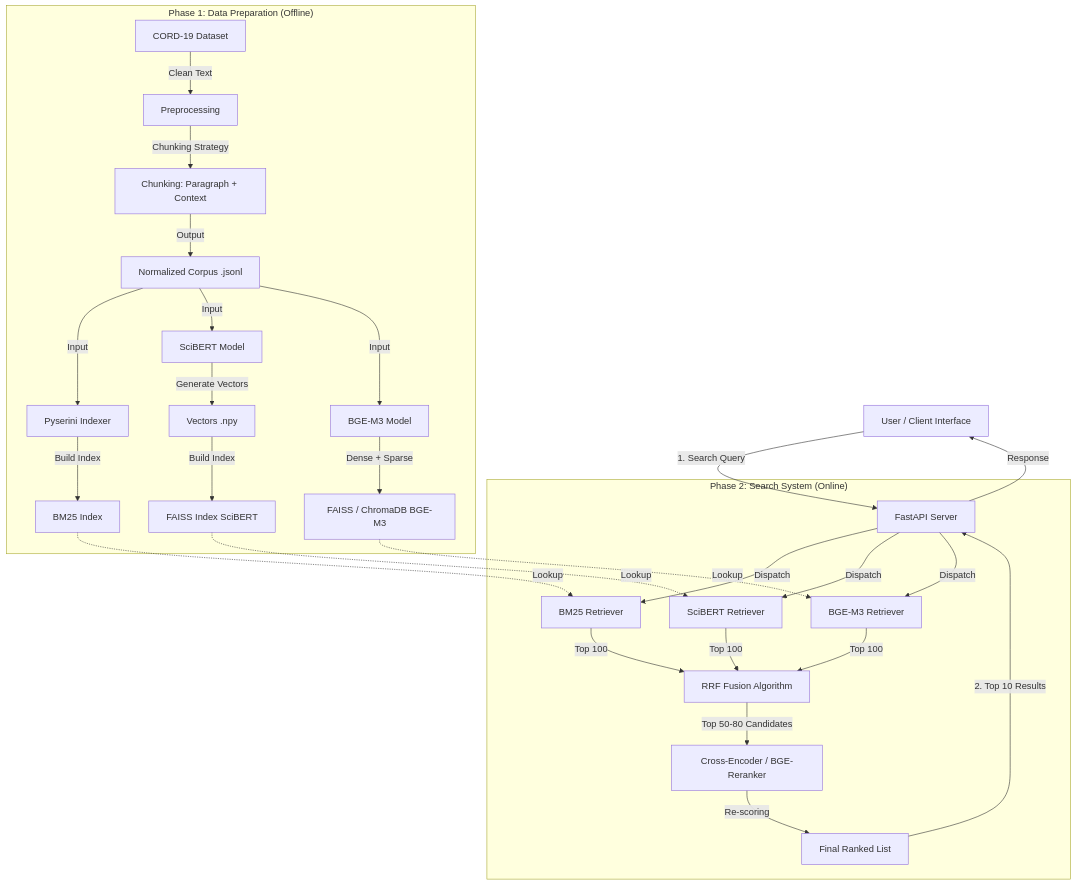
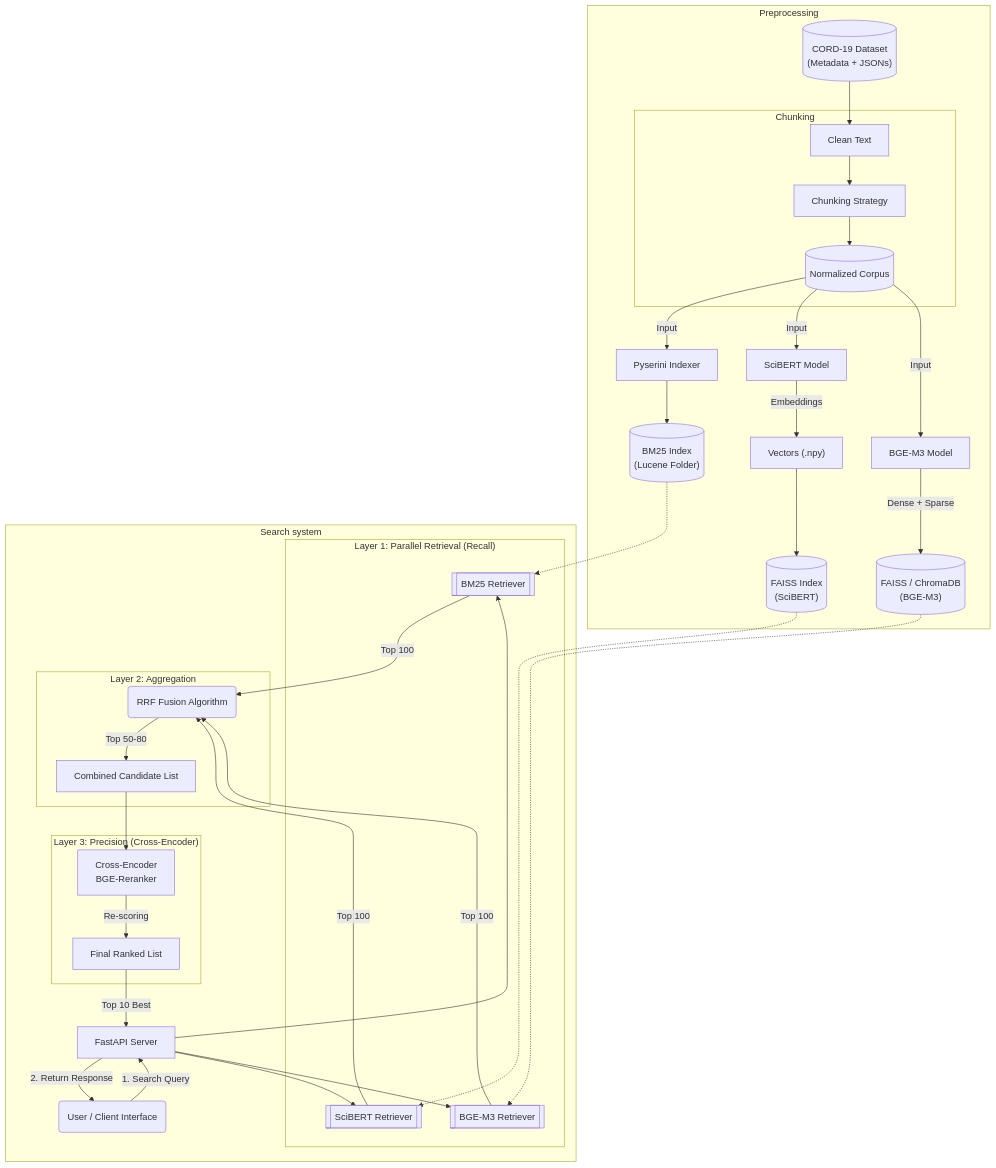
One commit to Mash-Woo/trec_covid changed the diagram in README.md. Above: the diagram before and after it, drawn with Mermaid.

````diff
--- a/README.md
+++ b/README.md
@@ -1,49 +1,80 @@
 ```mermaid
-graph TD
-    %% Client Entry Point
-    Client[User / Client Interface] -->|1. Search Query| FastAPI[FastAPI Server]
+flowchart TB
+  %% --- KHAI BÁO CÁC NHÓM (SUBGRAPH) ---
+  subgraph Preprocessing ["Chunking"]
+    Step1["Clean Text"]
+    Step2["Chunking Strategy"]
+    JSONL[("Normalized Corpus")]
+  end
 
-    %% Phase 1: Offline Processing
-    subgraph Offline["Phase 1: Data Preparation (Offline)"]
-        RawData[CORD-19 Dataset] -->|Clean Text| Preproc[Preprocessing]
-        Preproc -->|Chunking Strategy| Chunker[Chunking: Paragraph + Context]
-        Chunker -->|Output| JSONL[Normalized Corpus .jsonl]
+  subgraph Offline_Process ["Preprocessing"]
+    RawData[("CORD-19 Dataset\n(Metadata + JSONs)")]
+    Preprocessing
+    
+    %% Nhánh BM25
+    Pyserini["Pyserini Indexer"]
+    Index_BM25[("BM25 Index\n(Lucene Folder)")]
+    
+    %% Nhánh SciBERT
+    SciBERT["SciBERT Model"]
+    Vector_Sci["Vectors (.npy)"]
+    Index_SciBERT[("FAISS Index\n(SciBERT)")]
+    
+    %% Nhánh BGE
+    BGE["BGE-M3 Model"]
+    Index_BGE[("FAISS / ChromaDB\n(BGE-M3)")]
+  end
 
-        %% Indexing Pipelines
-        JSONL -->|Input| Pyserini[Pyserini Indexer]
-        Pyserini -->|Build Index| IndexBM25[BM25 Index]
+  subgraph Retrieval_Layer ["Layer 1: Parallel Retrieval (Recall)"]
+    Ret_BM25[["BM25 Retriever"]]
+    Ret_SciBERT[["SciBERT Retriever"]]
+    Ret_BGE[["BGE-M3 Retriever"]]
+  end
 
-        JSONL -->|Input| SciBERT[SciBERT Model]
-        SciBERT -->|Generate Vectors| VecSci[Vectors .npy]
-        VecSci -->|Build Index| IndexSciBERT[FAISS Index SciBERT]
+  subgraph Fusion_Layer ["Layer 2: Aggregation"]
+    RRF("RRF Fusion Algorithm")
+    Candidates["Combined Candidate List"]
+  end
 
-        JSONL -->|Input| BGE[BGE-M3 Model]
-        BGE -->|Dense + Sparse| IndexBGE[FAISS / ChromaDB BGE-M3]
-    end
+  subgraph Reranking_Layer ["Layer 3: Precision (Cross-Encoder)"]
+    CrossEnc["Cross-Encoder\nBGE-Reranker"]
+    SortedList["Final Ranked List"]
+  end
 
-    %% Phase 2: Online Search System
-    subgraph Online["Phase 2: Search System (Online)"]
-        %% Retrieval Layer
-        FastAPI -->|Dispatch| RetBM25[BM25 Retriever]
-        FastAPI -->|Dispatch| RetSci[SciBERT Retriever]
-        FastAPI -->|Dispatch| RetBGE[BGE-M3 Retriever]
+  subgraph Online_Serving ["Search system"]
+    Client("User / Client Interface")
+    FastAPI["FastAPI Server"]
+    Retrieval_Layer
+    Fusion_Layer
+    Reranking_Layer
+  end
 
-        %% Index Lookups
-        IndexBM25 -.->|Lookup| RetBM25
-        IndexSciBERT -.->|Lookup| RetSci
-        IndexBGE -.->|Lookup| RetBGE
-
-        %% Fusion Layer
-        RetBM25 -->|Top 100| RRF[RRF Fusion Algorithm]
-        RetSci -->|Top 100| RRF
-        RetBGE -->|Top 100| RRF
-
-        %% Reranking Layer
-        RRF -->|Top 50-80 Candidates| CrossEnc[Cross-Encoder / BGE-Reranker]
-        CrossEnc -->|Re-scoring| FinalList[Final Ranked List]
-    end
-
-    %% Output Loop
-    FinalList -->|2. Top 10 Results| FastAPI
-    FastAPI -->|Response| Client
+  %% --- ĐỊNH NGHĨA LUỒNG DỮ LIỆU ---
+  RawData --> Step1
+  Step1 --> Step2
+  Step2 --> JSONL
+  JSONL -- Input --> Pyserini & SciBERT & BGE
+  
+  Pyserini --> Index_BM25
+  SciBERT -- Embeddings --> Vector_Sci
+  Vector_Sci --> Index_SciBERT
+  BGE -- Dense + Sparse --> Index_BGE
+  
+  Client -- "1. Search Query" --> FastAPI
+  
+  Index_BM25 -.-> Ret_BM25
+  Index_SciBERT -.-> Ret_SciBERT
+  Index_BGE -.-> Ret_BGE
+  
+  FastAPI --> Ret_BM25 & Ret_SciBERT & Ret_BGE
+  
+  Ret_BM25 -- Top 100 --> RRF
+  Ret_SciBERT -- Top 100 --> RRF
+  Ret_BGE -- Top 100 --> RRF
+  
+  RRF -- "Top 50-80" --> Candidates
+  Candidates --> CrossEnc
+  CrossEnc -- "Re-scoring" --> SortedList
+  SortedList -- Top 10 Best --> FastAPI
+  FastAPI -- "2. Return Response" --> Client
 ```
````
